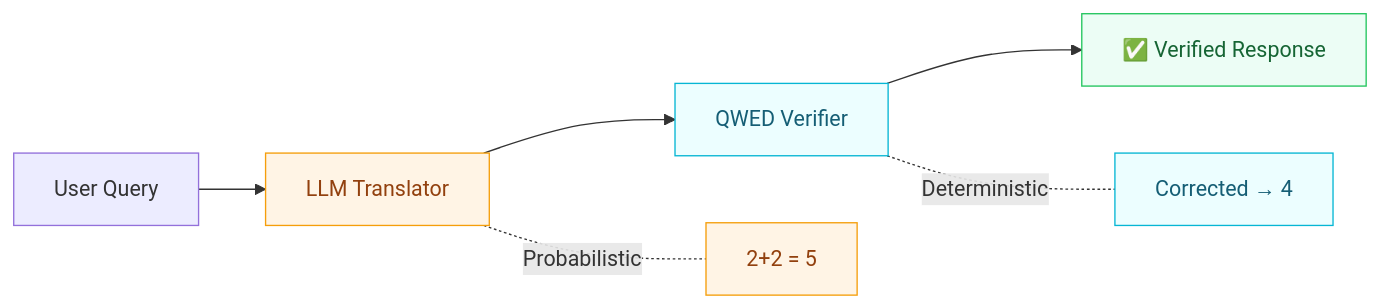
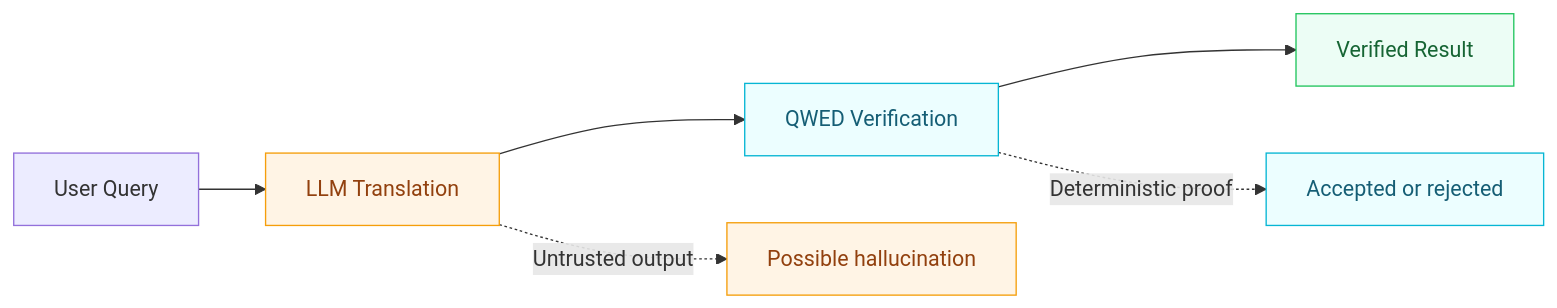
The diagram in intro.mdx (QWED-AI/docs), drawn with Mermaid before and after one commit. The commit also changed other lines of this file and 4 other files, not shown here.

Commit message:
Refactor docs IA and architecture content for clarity

````diff
--- a/intro.mdx
+++ b/intro.mdx
@@ -22,16 +22,16 @@
 ```mermaid
 flowchart LR
-    U[User Query] --> L[LLM Translator]
-    L --> Q[QWED Verifier]
-    Q --> V[✅ Verified Response]
+    U[User Query] --> L[LLM Translation]
+    L --> Q[QWED Verification]
+    Q --> R[Verified Result]
 
-    L -. Probabilistic .- E1["2+2 = 5"]
-    Q -. Deterministic .- E2["Corrected → 4"]
+    L -. Untrusted output .-> X[Possible hallucination]
+    Q -. Deterministic proof .-> Y[Accepted or rejected]
 
     classDef untrusted fill:#fff4e5,stroke:#f59e0b,color:#92400e;
     classDef trusted fill:#ecfeff,stroke:#06b6d4,color:#155e75;
     classDef result fill:#ecfdf5,stroke:#22c55e,color:#166534;
-    class L,E1 untrusted;
-    class Q,E2 trusted;
-    class V result;
+    class L,X untrusted;
+    class Q,Y trusted;
+    class R result;
 ```
````
